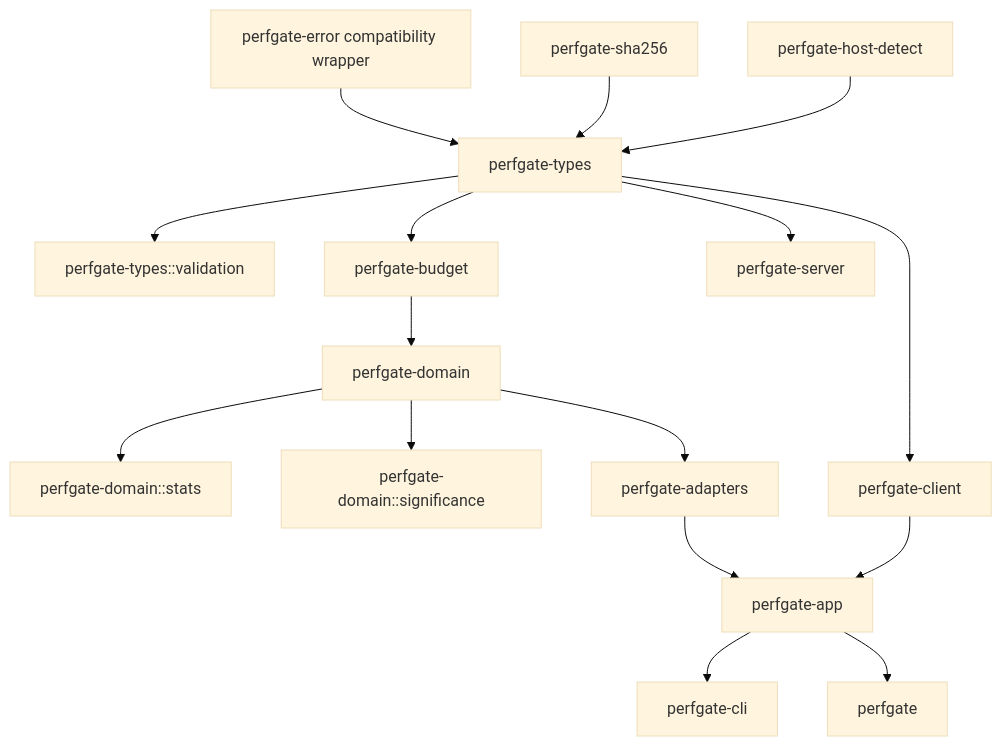
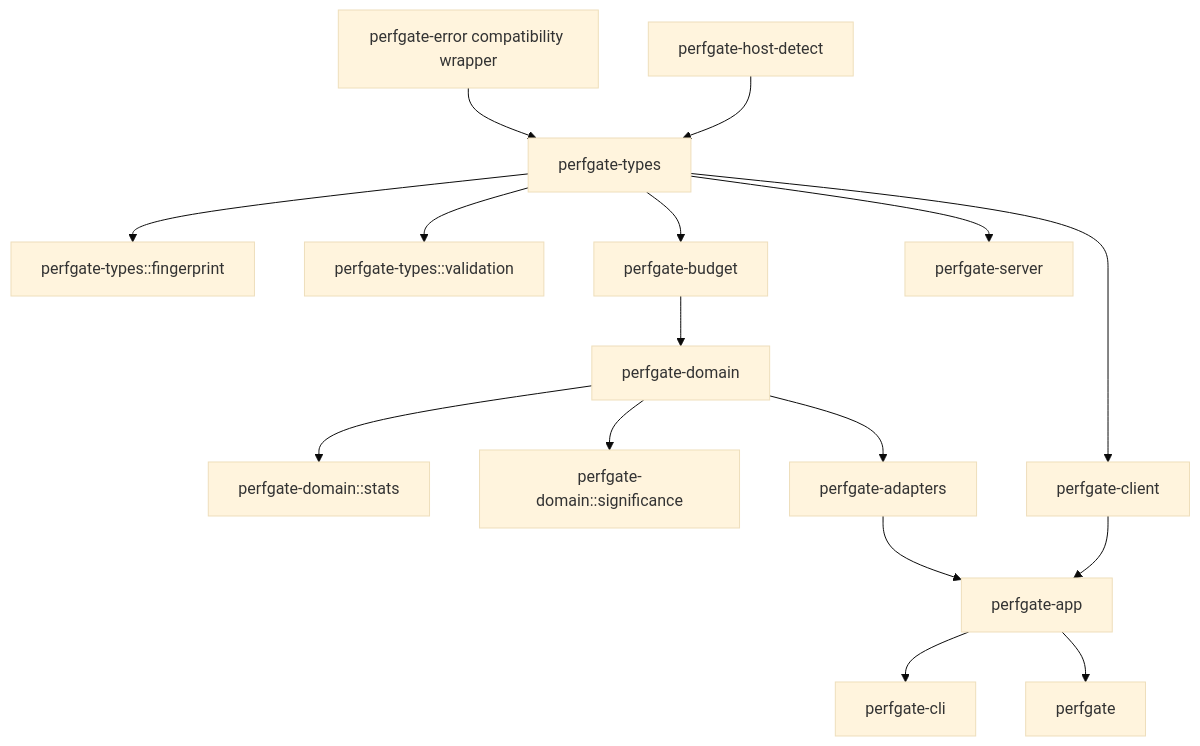
One commit to EffortlessMetrics/perfgate-swarm changed the diagram in docs/WORKSPACE.md. Above: the diagram before and after it, drawn with Mermaid (base theme). The commit also changed other lines of this file and 31 other files, not shown here.

Commit message:
Absorb sha256 into types fingerprint module (#253)

````diff
--- a/docs/WORKSPACE.md
+++ b/docs/WORKSPACE.md
@@ -34,18 +33,18 @@
 ```mermaid
 graph TD
   error[perfgate-error compatibility wrapper] --> types[perfgate-types]
-  sha[perfgate-sha256] --> types
+  types --> fingerprint[perfgate-types::fingerprint]
   domain --> stats[perfgate-domain::stats]
   types --> val[perfgate-types::validation]
   host[perfgate-host-detect] --> types
   types --> budget[perfgate-budget]
   domain --> sig[perfgate-domain::significance]
   budget --> domain[perfgate-domain]
   domain --> adapters[perfgate-adapters]
   adapters --> app[perfgate-app]
   app --> cli[perfgate-cli]
   app --> facade[perfgate]
   types --> client[perfgate-client]
   client --> app
   types --> server[perfgate-server]
 ```
````
